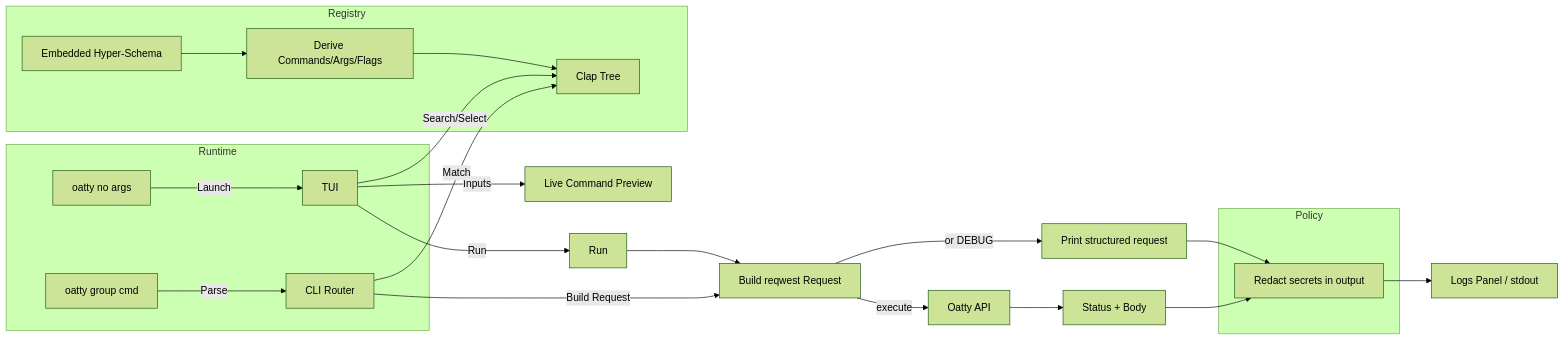
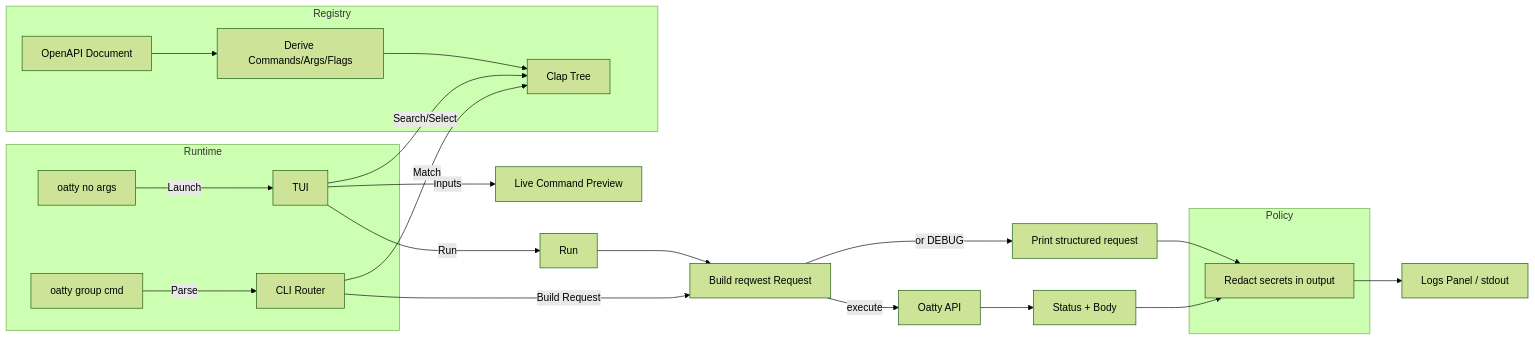
One commit to oattyio/oatty changed the diagram in README.md. Above: the diagram before and after it, drawn with Mermaid (forest theme). The commit also changed other lines of this file and 154 other files, not shown here.

````diff
--- a/README.md
+++ b/README.md
@@ -147,30 +126,30 @@
 ```mermaid
 flowchart LR
   subgraph Runtime
     A[oatty no args] -->|Launch| TUI[TUI]
     A2[oatty group cmd] -->|Parse| CLI[CLI Router]
   end
 
   subgraph Registry
-    S[Embedded Hyper-Schema] --> D[Derive Commands/Args/Flags]
+    S[OpenAPI Document] --> D[Derive Commands/Args/Flags]
     D --> C[Clap Tree]
   end
 
   TUI -->|Search/Select| C
   TUI -->|Inputs| CMD_PREV[Live Command Preview]
   TUI -->|Run| RUN[Run]
   CLI -->|Match| C
   CLI -->|Build Request| REQ[Build reqwest Request]
   RUN --> REQ
 
   REQ -->| or DEBUG| OUT1[Print structured request]
   REQ -->|execute| HTTP[Oatty API]
   HTTP --> OUT2[Status + Body]
 
   subgraph Policy
     R[Redact secrets in output]
   end
   OUT1 --> R
   OUT2 --> R
   R --> LOGS[Logs Panel / stdout]
 ```
````
